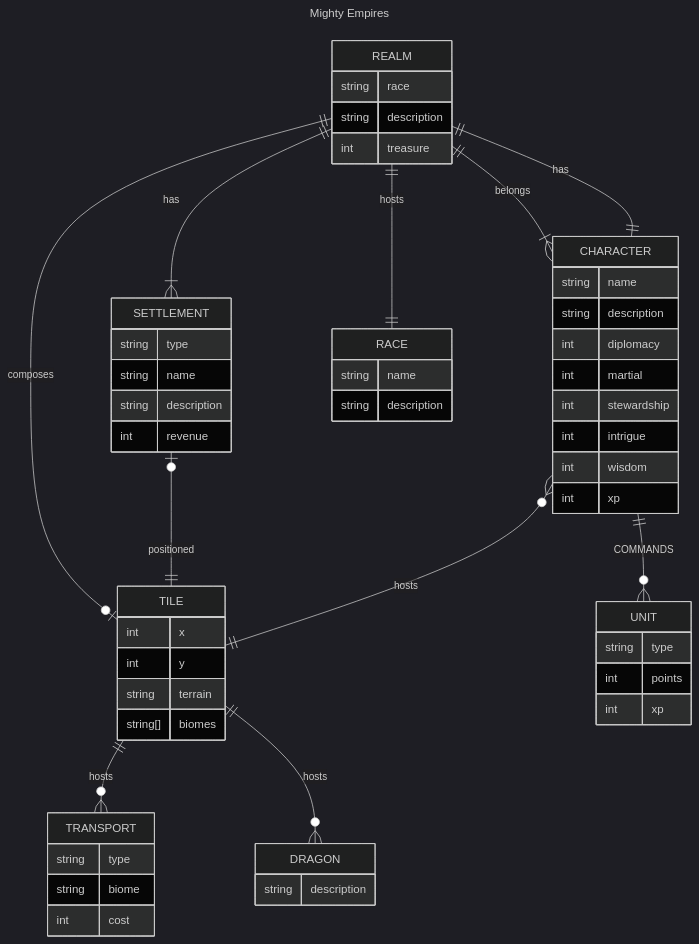
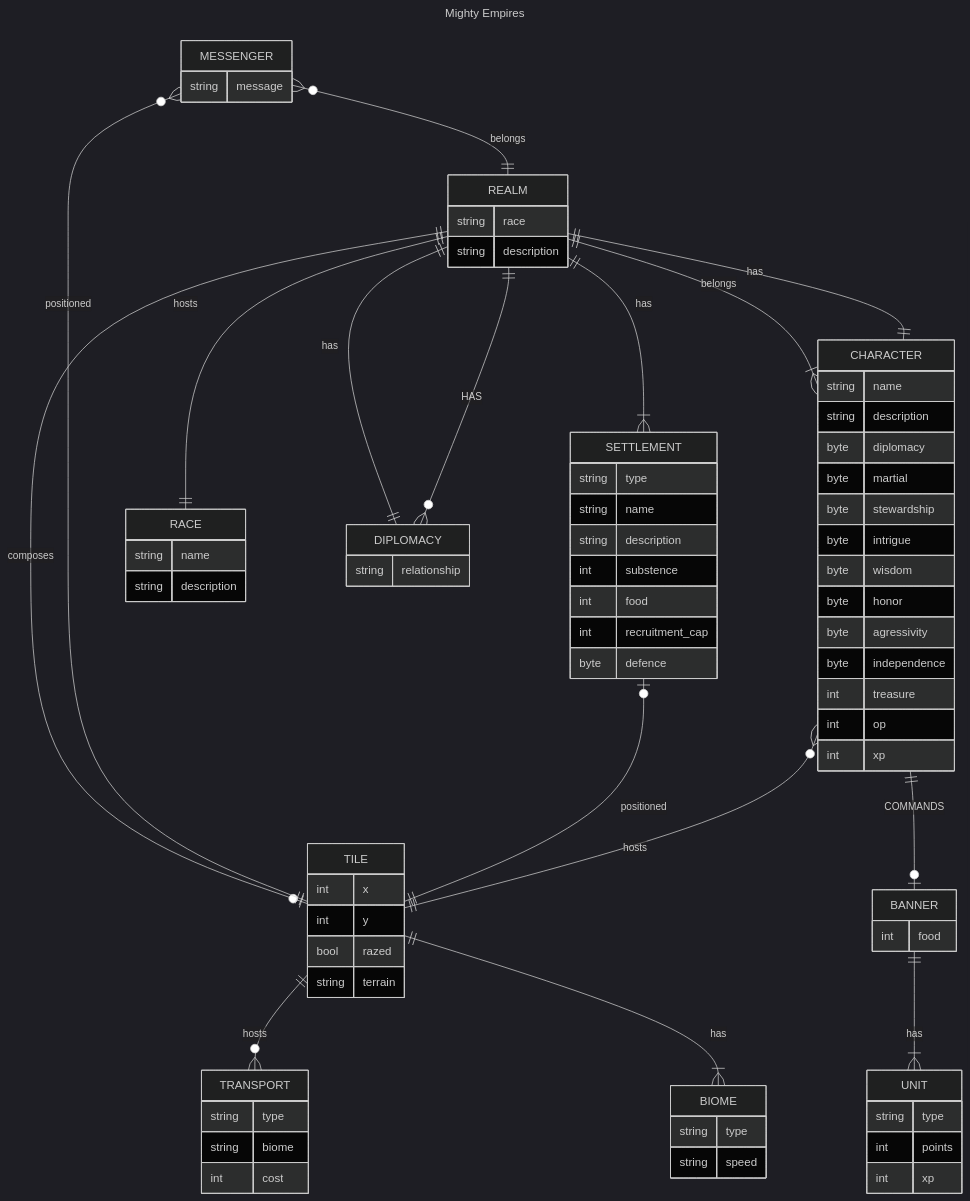
One commit to Chris3444/Mighty-Empires changed the diagram in README.md. Above: the diagram before and after it, drawn with Mermaid (dark theme). The commit also changed 1 other file, not shown here.

````diff
--- a/README.md
+++ b/README.md
@@ -17,13 +17,18 @@
 
 REALM ||--|{ SETTLEMENT : has
 TILE ||--O{ TRANSPORT : hosts 
-TILE ||--o{ DRAGON : hosts
 TILE |O--|| REALM : composes
+TILE ||--|{ BIOME : has
 TILE {
     int x
     int y
+    bool razed
     string terrain
-    string[] biomes
+}
+
+BIOME {
+    string type
+    string speed
 }
 
 CHARACTER }|--|| REALM: belongs
@@ -31,11 +36,16 @@
 CHARACTER {
     string name
     string description
-    int diplomacy
-    int martial
-    int stewardship
-    int intrigue
-    int wisdom
+    byte diplomacy
+    byte martial
+    byte stewardship
+    byte intrigue
+    byte wisdom
+    byte honor
+    byte agressivity
+    byte independence
+    int treasure
+    int op
     int xp
 }
 
@@ -49,16 +59,26 @@
     string type
     string name 
     string description
-    int revenue
+    int substence
+    int food
+    int recruitment_cap
+    byte defence
 }
 
+%% TODO add settelment type %%
 
+
+REALM ||--O{ DIPLOMACY: HAS
 REALM ||--|| CHARACTER : has
 REALM ||--|| RACE: hosts
 REALM {
     string race
     string description
-    int treasure
+}
+
+DIPLOMACY ||--|| REALM: has
+DIPLOMACY {
+    string relationship
 }
 
 TRANSPORT{
@@ -67,7 +87,11 @@
     int cost
 }
 
-CHARACTER ||--o{ UNIT: COMMANDS
+CHARACTER ||--o| BANNER: COMMANDS
+BANNER ||--|{ UNIT: has
+BANNER {
+    int food
+}
 
 UNIT {
     string type
@@ -75,8 +99,11 @@
     int xp
 }
 
-DRAGON {
-    string description
+MESSENGER }O--|| REALM: belongs
+MESSENGER O{--|| TILE: positioned
+MESSENGER {
+    string message
 }
 
+
 ```
````
